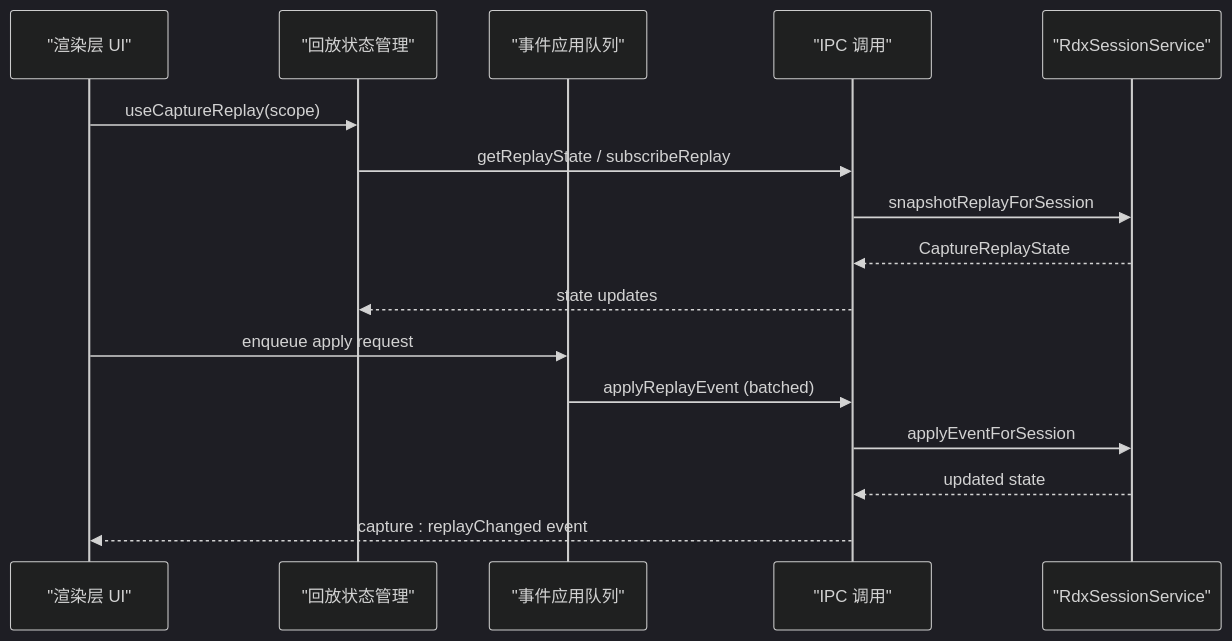
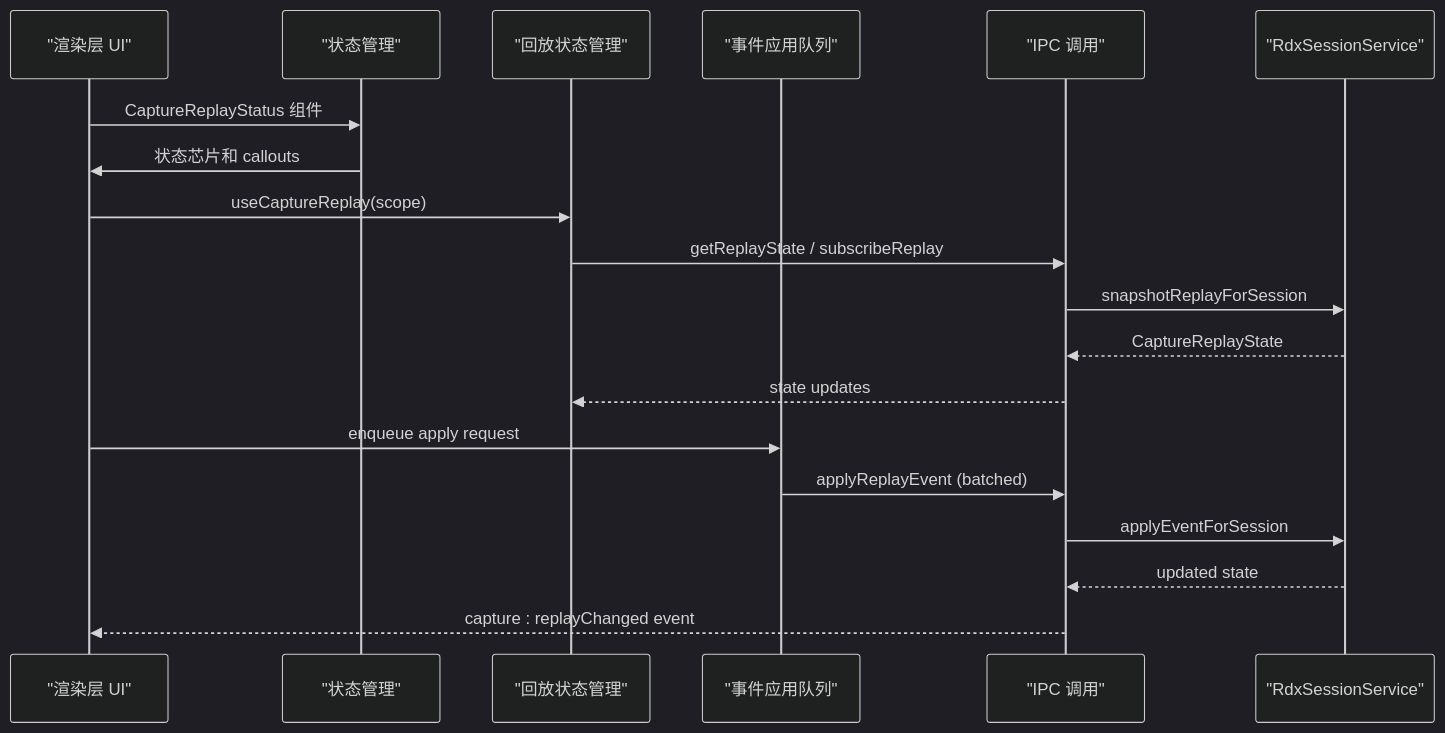
One commit to haolange/RDC-Agent changed the second of 14 diagrams in .qoder/repowiki/zh/content/用户界面/右侧面板.md. Above: the diagram before and after it, drawn with Mermaid (dark theme). The commit also changed other lines of this file and 208 other files, not shown here.

````diff
--- a/.qoder/repowiki/zh/content/用户界面/右侧面板.md
+++ b/.qoder/repowiki/zh/content/用户界面/右侧面板.md
@@ -149,18 +159,21 @@
 ```mermaid
 sequenceDiagram
 participant UI as "渲染层 UI"
+participant Status as "状态管理"
 participant Replay as "回放状态管理"
 participant Queue as "事件应用队列"
 participant IPC as "IPC 调用"
 participant Session as "RdxSessionService"
+UI->>Status : CaptureReplayStatus 组件
+Status->>UI : 状态芯片和 callouts
 UI->>Replay : useCaptureReplay(scope)
 Replay->>IPC : getReplayState / subscribeReplay
 IPC->>Session : snapshotReplayForSession
 Session-->>IPC : CaptureReplayState
 IPC-->>Replay : state updates
 UI->>Queue : enqueue apply request
 Queue->>IPC : applyReplayEvent (batched)
 IPC->>Session : applyEventForSession
 Session-->>IPC : updated state
 IPC-->>UI : capture : replayChanged event
 ```
````
